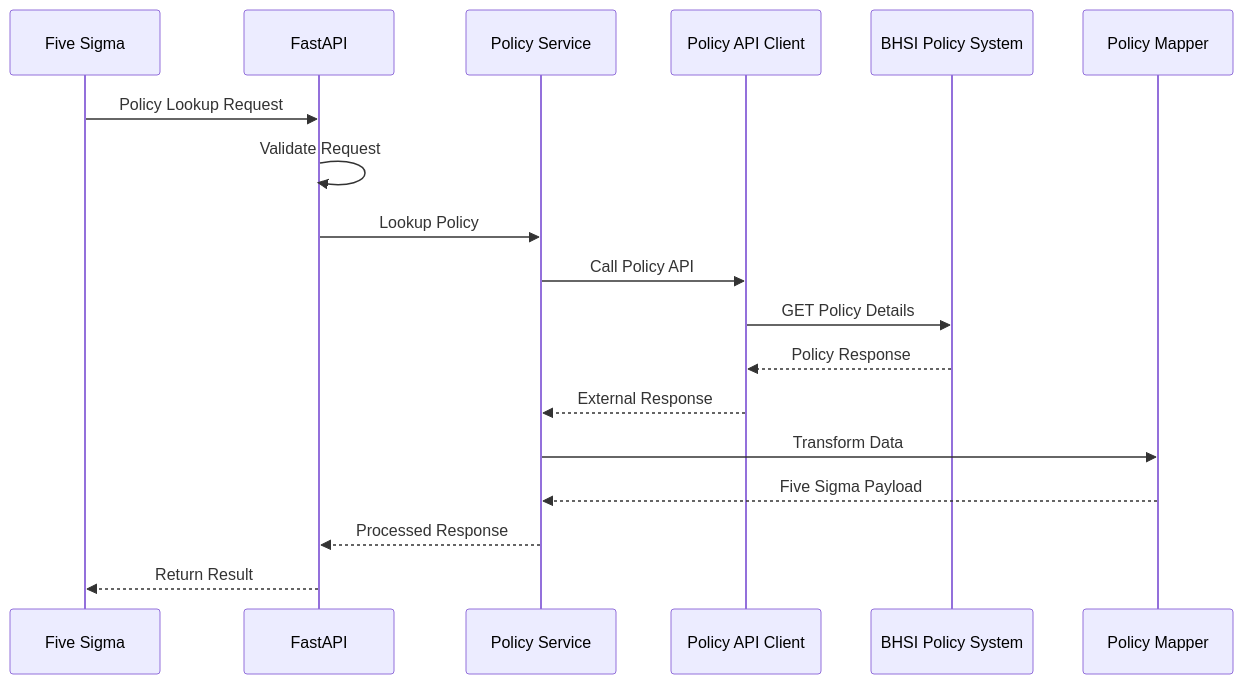
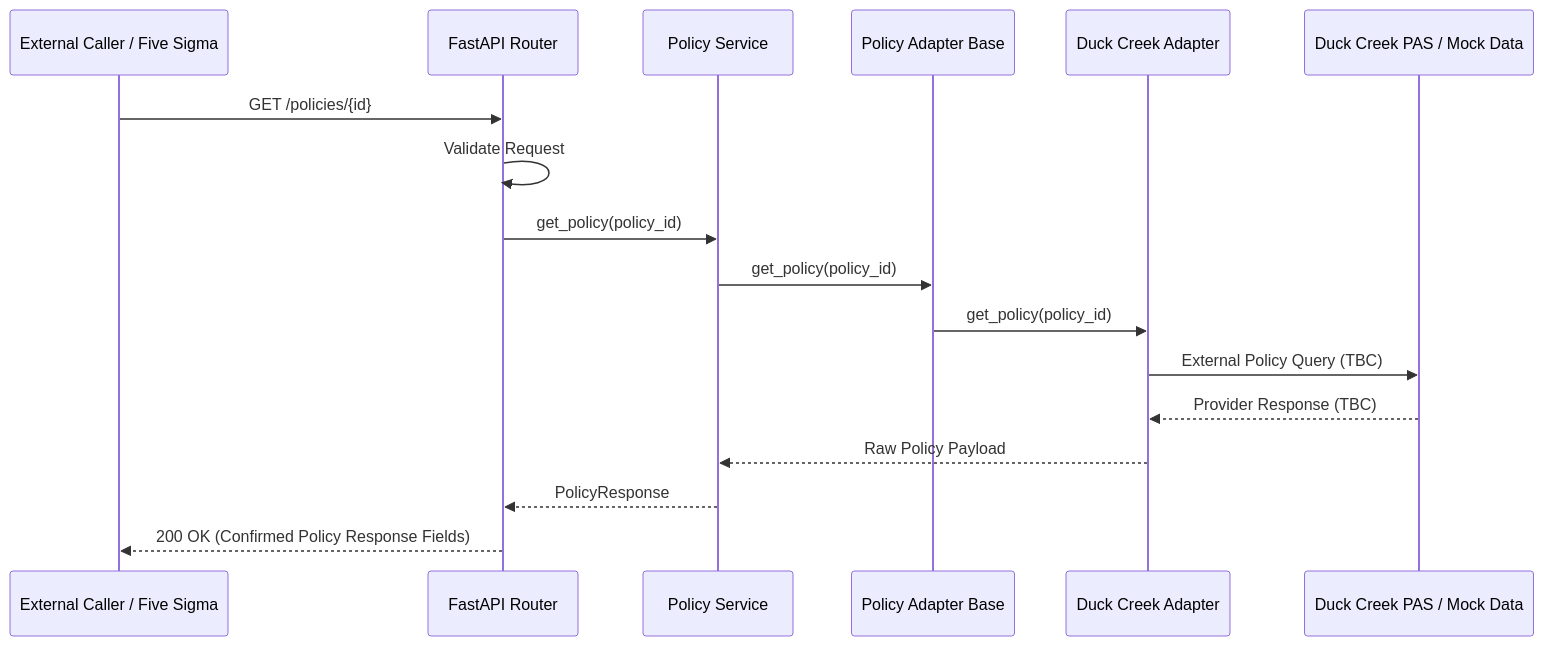
Before and after one commit to anujsinghwd/testcx: the sixth of 13 diagrams in docs/architecture.md, drawn with Mermaid. The commit also changed other lines of this file and 3 other files, not shown here.

````diff
--- a/docs/architecture.md
+++ b/docs/architecture.md
@@ -961,21 +968,20 @@
 ```mermaid
 sequenceDiagram
-    participant FS as Five Sigma
-    participant API as FastAPI
+    participant FS as External Caller / Five Sigma
+    participant API as FastAPI Router
     participant S as Policy Service
-    participant C as Policy API Client
-    participant PAS as BHSI Policy System
-    participant M as Policy Mapper
+    participant A as Policy Adapter Base
+    participant DC as Duck Creek Adapter
+    participant PAS as Duck Creek PAS / Mock Data
 
-    FS->>API: Policy Lookup Request
+    FS->>API: GET /policies/{id}
     API->>API: Validate Request
-    API->>S: Lookup Policy
-    S->>C: Call Policy API
-    C->>PAS: GET Policy Details
-    PAS-->>C: Policy Response
-    C-->>S: External Response
-    S->>M: Transform Data
-    M-->>S: Five Sigma Payload
-    S-->>API: Processed Response
-    API-->>FS: Return Result
+    API->>S: get_policy(policy_id)
+    S->>A: get_policy(policy_id)
+    A->>DC: get_policy(policy_id)
+    DC->>PAS: External Policy Query (TBC)
+    PAS-->>DC: Provider Response (TBC)
+    DC-->>S: Raw Policy Payload
+    S-->>API: PolicyResponse
+    API-->>FS: 200 OK (Confirmed Policy Response Fields)
 ```
````
